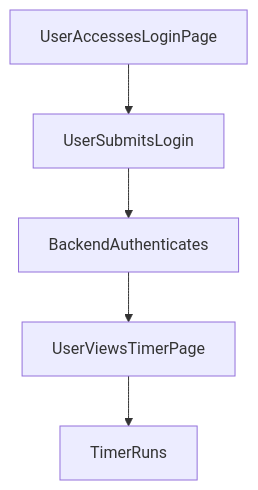
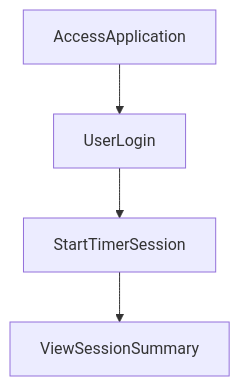
One commit to yogithasivakumar/FocusZen changed the second of 2 diagrams in README.md. Above: the diagram before and after it, drawn with Mermaid. The commit also changed other lines of this file, not shown here.

````diff
--- a/README.md
+++ b/README.md
@@ -22,7 +23,6 @@
 ```mermaid
 flowchart TD
-    UserAccessesLoginPage --> UserSubmitsLogin
-    UserSubmitsLogin --> BackendAuthenticates
-    BackendAuthenticates --> UserViewsTimerPage
-    UserViewsTimerPage --> TimerRuns
+    AccessApplication --> UserLogin
+    UserLogin --> StartTimerSession
+    StartTimerSession --> ViewSessionSummary
 ```
````
